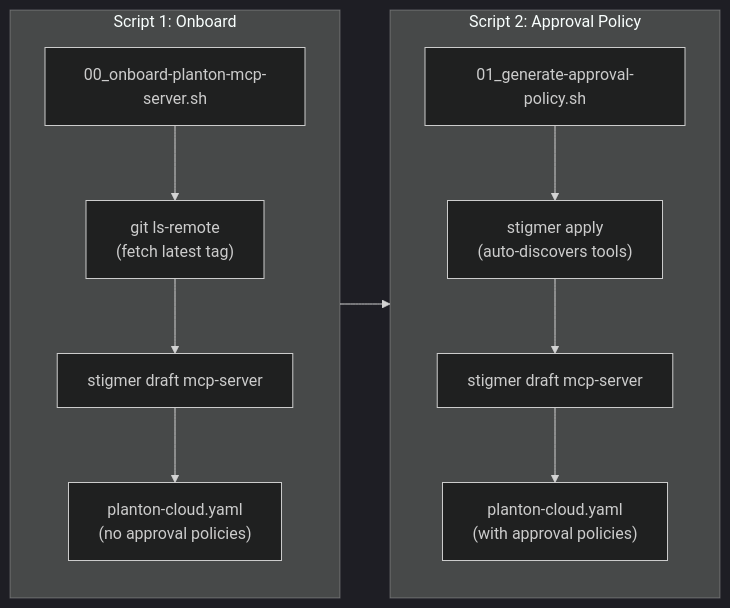
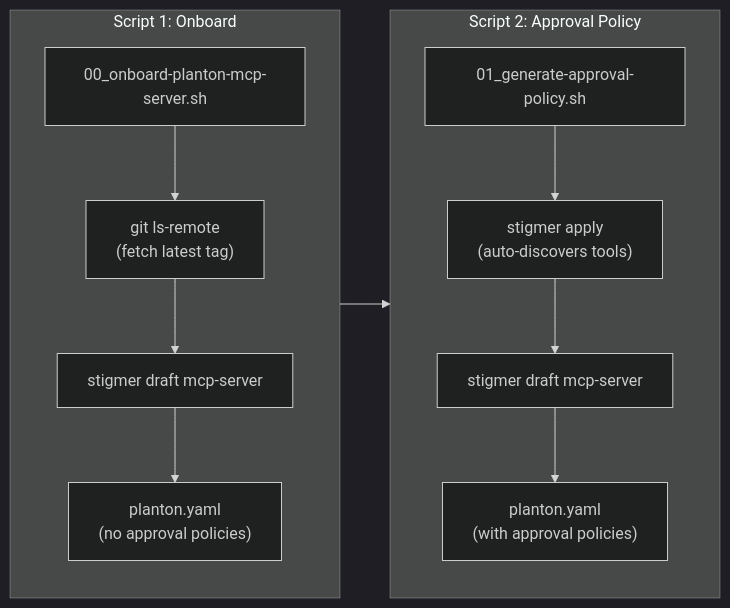
One commit to plantonhq/agent-fleet changed the diagram in _changelog/2026-03/2026-03-03-105237-two-script-mcp-server-onboarding.md. Above: the diagram before and after it, drawn with Mermaid (dark theme). The commit also changed other lines of this file and 10 other files, not shown here.

First line of the commit message:
refactor: rename "Planton Cloud" to "Planton" and update env var references

````diff
--- a/_changelog/2026-03/2026-03-03-105237-two-script-mcp-server-onboarding.md
+++ b/_changelog/2026-03/2026-03-03-105237-two-script-mcp-server-onboarding.md
@@ -24,22 +24,22 @@
 ```mermaid
 flowchart LR
     subgraph step1 [Script 1: Onboard]
         S1["00_onboard-planton-mcp-server.sh"]
         Tag["git ls-remote\n(fetch latest tag)"]
         Draft1["stigmer draft mcp-server"]
-        YAML1["planton-cloud.yaml\n(no approval policies)"]
+        YAML1["planton.yaml\n(no approval policies)"]
 
         S1 --> Tag --> Draft1 --> YAML1
     end
 
     subgraph step2 [Script 2: Approval Policy]
         S2["01_generate-approval-policy.sh"]
         Apply["stigmer apply\n(auto-discovers tools)"]
         Draft2["stigmer draft mcp-server"]
-        YAML2["planton-cloud.yaml\n(with approval policies)"]
+        YAML2["planton.yaml\n(with approval policies)"]
 
         S2 --> Apply --> Draft2 --> YAML2
     end
 
     step1 --> step2
 ```
````
